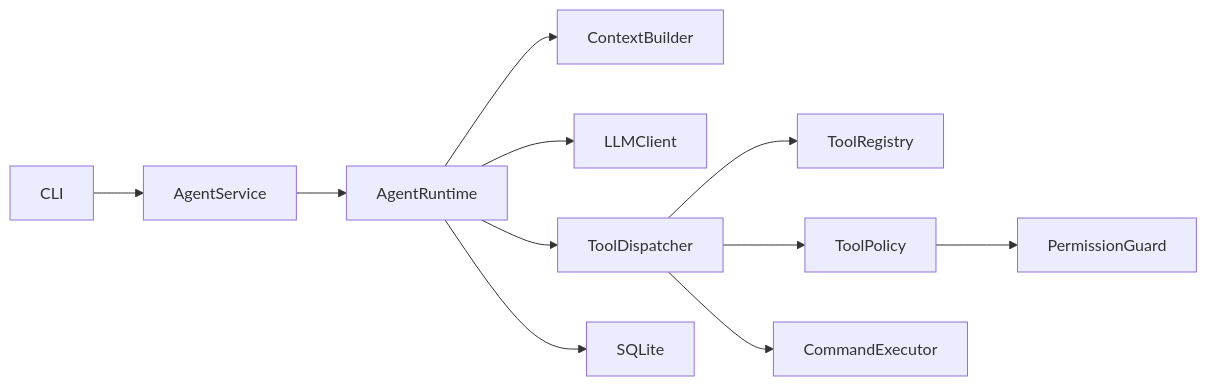
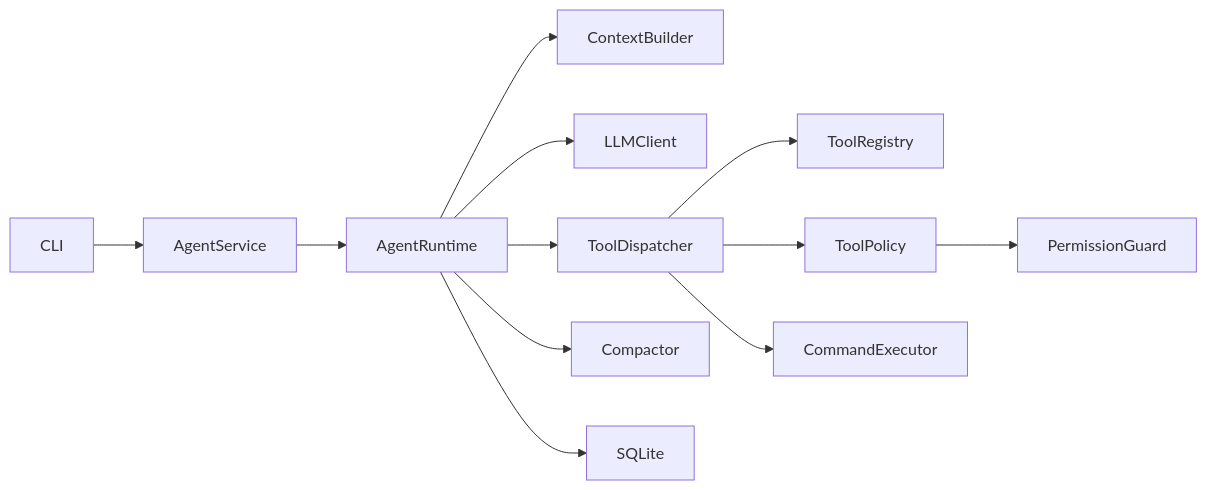
The diagram in README.md (panding999/MiniCode-Harness), drawn with Mermaid before and after one commit. The commit also changed other lines of this file and 26 other files, not shown here.

````diff
--- a/README.md
+++ b/README.md
@@ -19,11 +80,12 @@
 ```mermaid
 flowchart LR
   CLI --> AgentService --> AgentRuntime
   AgentRuntime --> ContextBuilder
   AgentRuntime --> LLMClient
   AgentRuntime --> ToolDispatcher --> ToolRegistry
   ToolDispatcher --> ToolPolicy
   ToolPolicy --> PermissionGuard
   ToolDispatcher --> CommandExecutor
+  AgentRuntime --> Compactor
   AgentRuntime --> SQLite
 ```
````
